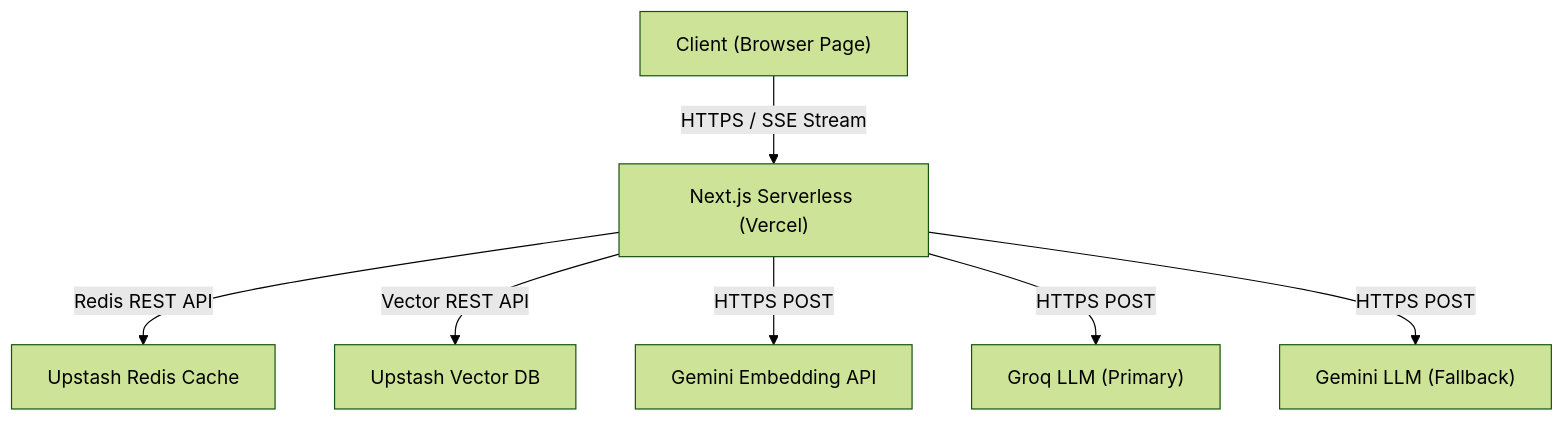
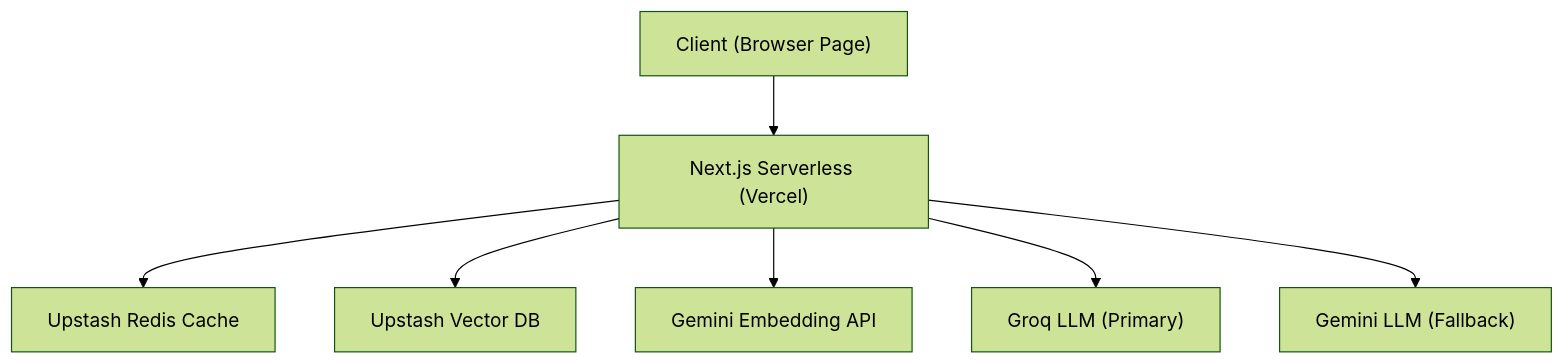
Before and after one commit to Raviksharma2005/RAG-SYSTEM-INTERVIEW-PREP-ASSISTANT: the first of 7 diagrams in PROJECT_MASTER_DOCUMENTATION.md, drawn with Mermaid (forest theme). The commit also changed other lines of this file, not shown here.

Commit message:
docs: Fix Mermaid syntax errors in documentation

````diff
--- a/PROJECT_MASTER_DOCUMENTATION.md
+++ b/PROJECT_MASTER_DOCUMENTATION.md
@@ -100,9 +100,9 @@
 ```mermaid
 graph TD
-    Client["Client (Browser Page)"] -- HTTPS / SSE Stream --> App["Next.js Serverless (Vercel)"]
-    App -- Redis REST API --> UpstashRedis["Upstash Redis Cache"]
-    App -- Vector REST API --> UpstashVector["Upstash Vector DB"]
-    App -- HTTPS POST --> GeminiEmbed["Gemini Embedding API"]
-    App -- HTTPS POST --> GroqAPI["Groq LLM (Primary)"]
-    App -- HTTPS POST --> GeminiLLM["Gemini LLM (Fallback)"]
+    Client["Client (Browser Page)"] --> App["Next.js Serverless (Vercel)"]
+    App --> UpstashRedis["Upstash Redis Cache"]
+    App --> UpstashVector["Upstash Vector DB"]
+    App --> GeminiEmbed["Gemini Embedding API"]
+    App --> GroqAPI["Groq LLM (Primary)"]
+    App --> GeminiLLM["Gemini LLM (Fallback)"]
 ```
````
